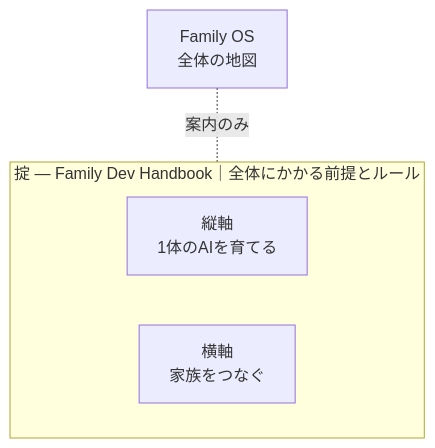
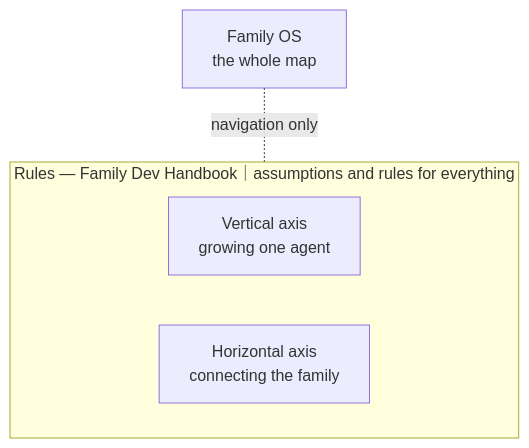
Before and after one commit to caty-ai/family-os: the diagram in README.ja.md, drawn with Mermaid. The commit also changed other lines of this file and 12 other files, not shown here.

First line of the commit message:
readme: Layer 2 + figure system — 4-entrance routing, timeline, correspondence, SVG map set, visual-system v5 (#30)

````diff
--- a/README.ja.md
+++ b/README.ja.md
@@ -133,12 +188,12 @@
 ```mermaid
 flowchart TB
-  OS["Family OS<br/>全体の地図"]
+  OS["Family OS<br/>the whole map"]
 
-  subgraph Rule["掟 — Family Dev Handbook｜全体にかかる前提とルール"]
+  subgraph Rule["Rules — Family Dev Handbook｜assumptions and rules for everything"]
     direction LR
-    V["縦軸<br/>1体のAIを育てる"]
-    H["横軸<br/>家族をつなぐ"]
+    V["Vertical axis<br/>growing one agent"]
+    H["Horizontal axis<br/>connecting the family"]
   end
 
-  OS -.-|"案内のみ"| Rule
+  OS -.-|"navigation only"| Rule
 ```
````
